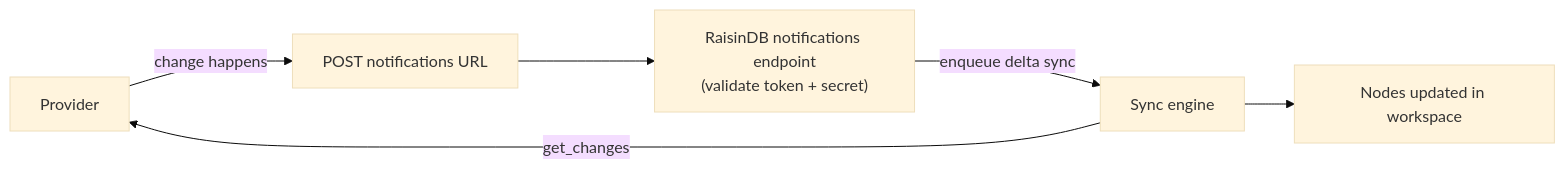
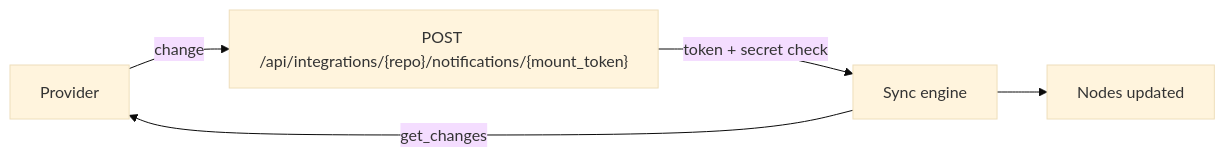
One commit to maravilla-labs/raisindb-website changed the diagram in docs/guides/integrations/realtime-sync-webhooks.md. Above: the diagram before and after it, drawn with Mermaid (base theme). The commit also changed other lines of this file and 174 other files, not shown here.

````diff
--- a/docs/guides/integrations/realtime-sync-webhooks.md
+++ b/docs/guides/integrations/realtime-sync-webhooks.md
@@ -32,8 +27,7 @@
 ```mermaid
 flowchart LR
-    P[Provider] -->|"change happens"| PING[POST notifications URL]
-    PING --> EP["RaisinDB notifications endpoint<br/>(validate token + secret)"]
-    EP -->|"enqueue delta sync"| SE[Sync engine]
+    P[Provider] -->|"change"| EP["POST /api/integrations/{repo}/notifications/{mount_token}"]
+    EP -->|"token + secret check"| SE[Sync engine]
     SE -->|"get_changes"| P
-    SE --> N[Nodes updated in workspace]
+    SE --> N[Nodes updated]
 ```
````
